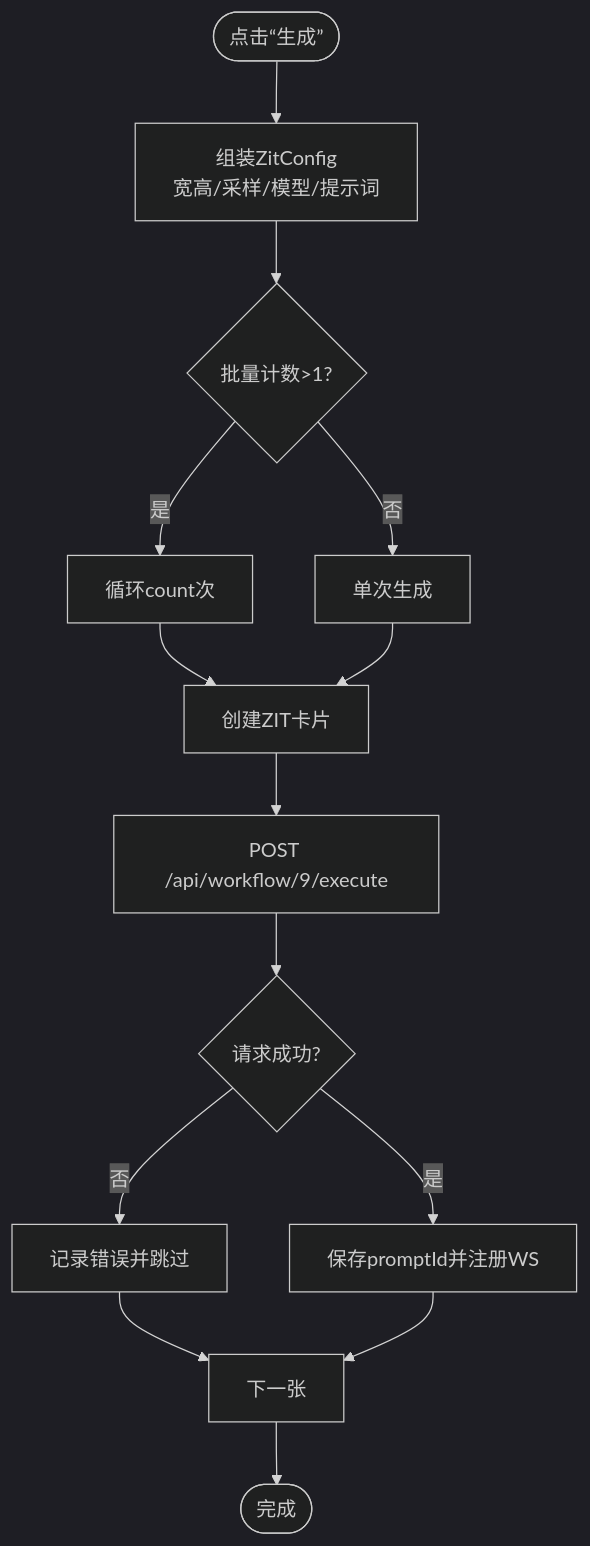
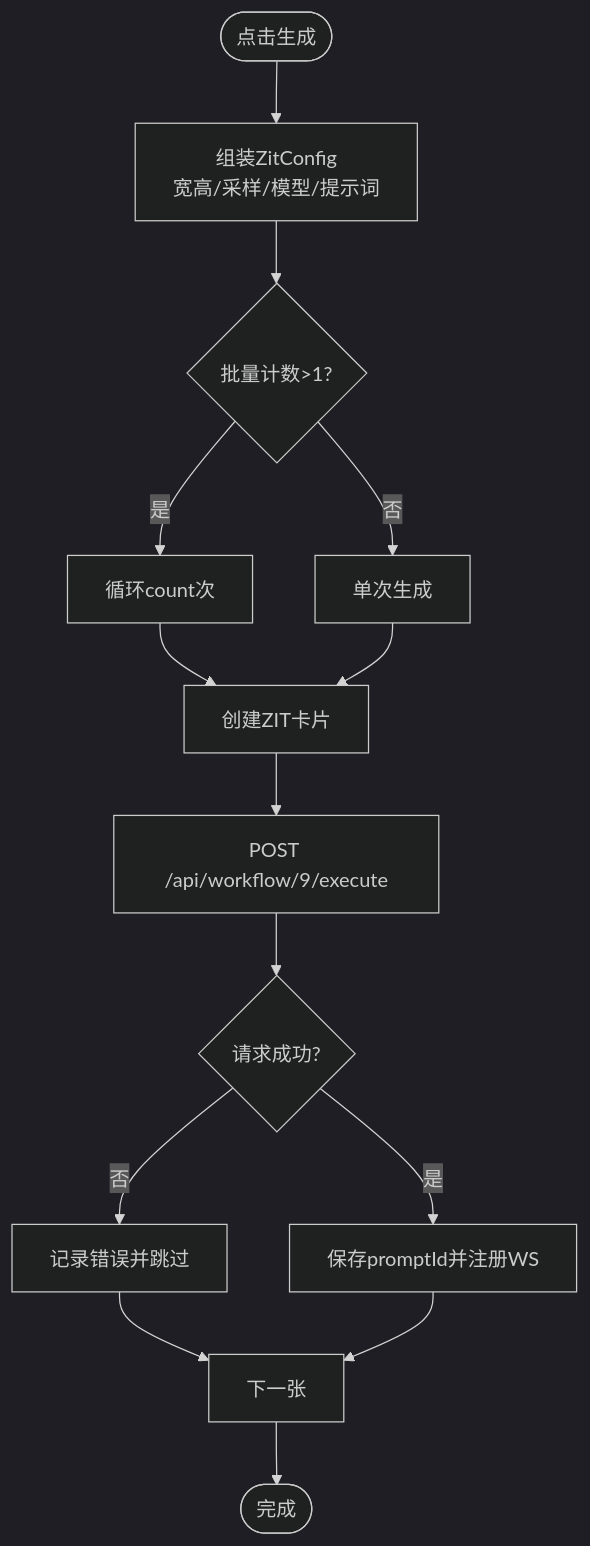
The third of 8 diagrams in .qoder/repowiki/zh/content/专业功能/ZIT 快出.md (billye220670/CorineKit_Pix2Real), drawn with Mermaid (dark theme) before and after one commit. The commit also changed other lines of this file and 49 other files, not shown here.

````diff
--- a/.qoder/repowiki/zh/content/专业功能/ZIT 快出.md
+++ b/.qoder/repowiki/zh/content/专业功能/ZIT 快出.md
@@ -139,16 +160,16 @@
 ```mermaid
 flowchart TD
-Start(["点击“生成”"]) --> BuildCfg["组装ZitConfig<br/>宽高/采样/模型/提示词"]
+Start(["点击"生成""]) --> BuildCfg["组装ZitConfig<br/>宽高/采样/模型/提示词"]
 BuildCfg --> BatchLoop{"批量计数>1?"}
 BatchLoop --> |是| Loop["循环count次"]
 BatchLoop --> |否| Single["单次生成"]
 Loop --> CreateCard["创建ZIT卡片"]
 Single --> CreateCard
 CreateCard --> Exec["POST /api/workflow/9/execute"]
 Exec --> Ok{"请求成功?"}
 Ok --> |否| Skip["记录错误并跳过"]
 Ok --> |是| SaveId["保存promptId并注册WS"]
 Skip --> Next["下一张"]
 SaveId --> Next
 Next --> End(["完成"])
 ```
````
